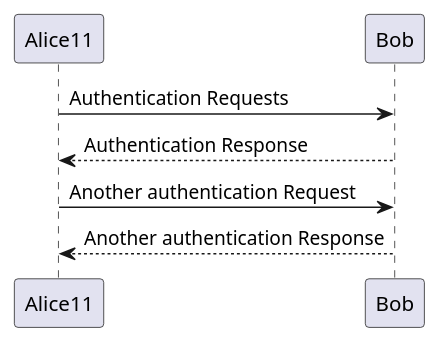
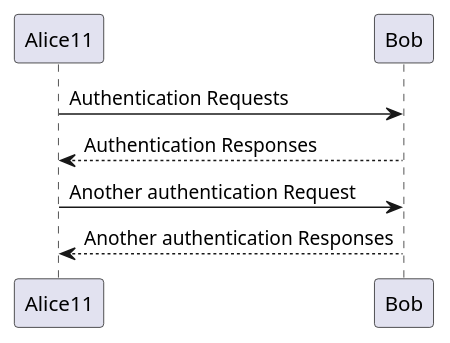
Before and after one commit to VamshiAnumolu/plant-uml-action: the diagram in docs/architecture/new.puml, drawn with PlantUML.

```diff
--- a/docs/architecture/new.puml
+++ b/docs/architecture/new.puml
@@ -1,7 +1,7 @@
 @startuml
 Alice11 -> Bob: Authentication Requests
-Bob --> Alice11: Authentication Response
+Bob --> Alice11: Authentication Responses
 
 Alice11 -> Bob: Another authentication Request
-Alice11 <-- Bob: Another authentication Response
+Alice11 <-- Bob: Another authentication Responses
 @enduml
```
